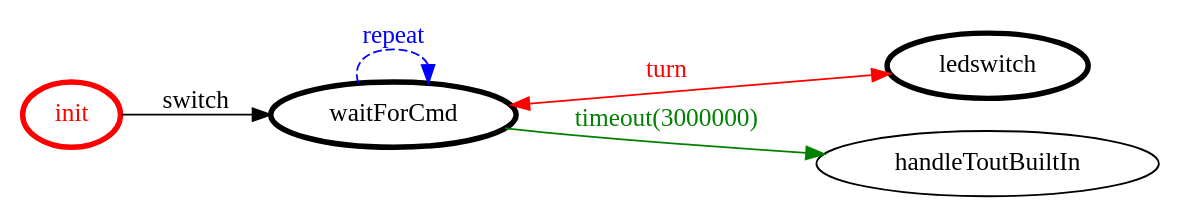
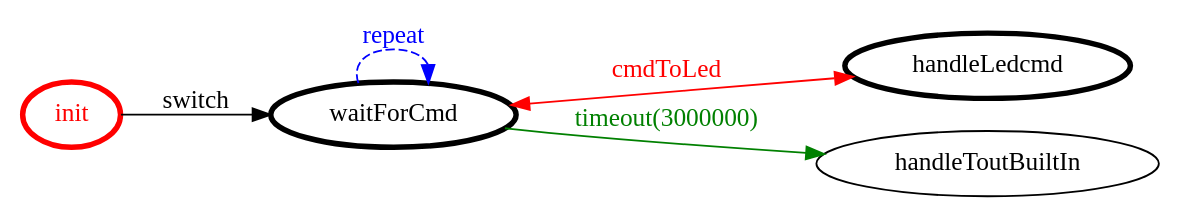
One commit to MatteoMendula/iss2018Lab changed the diagram in it.unibo.bls17.naive.qa/srcMore/it/unibo/ledmodel/ledmodel.gv. Above: the diagram before and after it, drawn with Graphviz. The commit also changed 253 other files, not shown here.

```diff
--- a/it.unibo.bls17.naive.qa/srcMore/it/unibo/ledmodel/ledmodel.gv
+++ b/it.unibo.bls17.naive.qa/srcMore/it/unibo/ledmodel/ledmodel.gv
@@ -1,20 +1,20 @@
 /*
 *
 * A GraphViz DOT FSM description 
 * Please use a GraphViz visualizer (like http://www.webgraphviz.com)
 *  
 */
 
 digraph finite_state_machine {
 	rankdir=LR
 	size="8,5"
 	
 	init [ color = red ][ fontcolor = red ][ penwidth = 3 ]
 	waitForCmd [ color = black ][ fontcolor = black ][ penwidth = 3 ]
-	ledswitch [ color = black ][ fontcolor = black ][ penwidth = 3 ]
+	handleLedcmd [ color = black ][ fontcolor = black ][ penwidth = 3 ]
 	
 	waitForCmd -> handleToutBuiltIn [ label = "timeout(3000000)" ][ color = green ][ fontcolor = green ]
-	waitForCmd -> ledswitch [ label = "turn" ][ color = red ][ fontcolor = red ][ dir = both ]
+	waitForCmd -> handleLedcmd [ label = "cmdToLed" ][ color = red ][ fontcolor = red ][ dir = both ]
 	init -> waitForCmd [ label = "switch" ][ color = black ][ fontcolor = black ]
 	waitForCmd -> waitForCmd [ label = "repeat "][ style = dashed ][ color = blue ][ fontcolor = blue ]
 }
```
